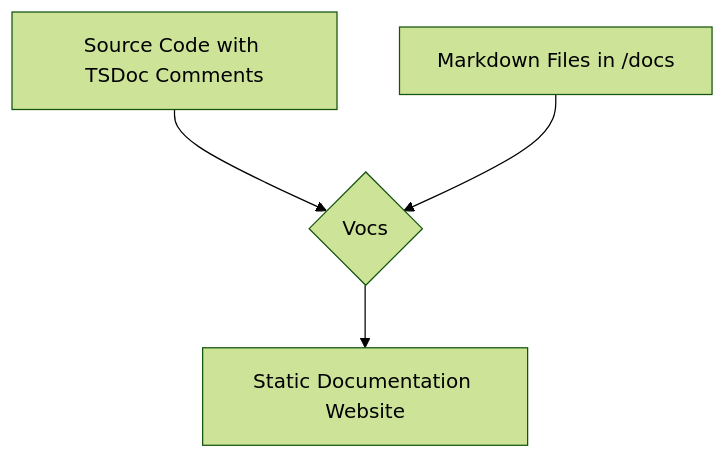
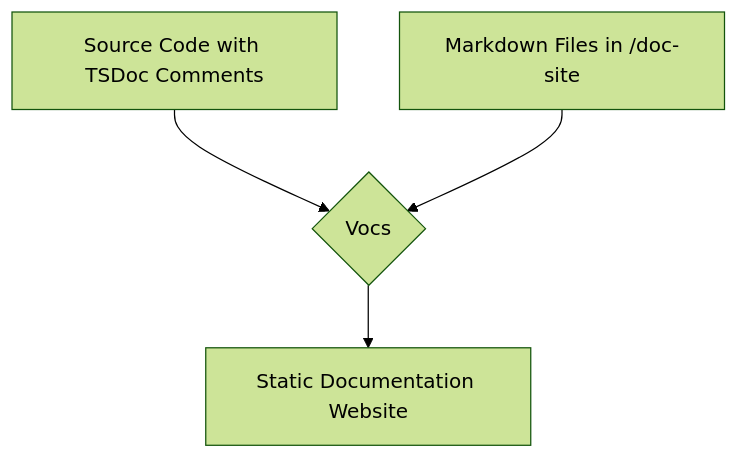
The diagram in .kiro/specs/document-codebase/design.md (MagnumThesis/thesis-copilot), drawn with Mermaid (forest theme) before and after one commit. The commit also changed other lines of this file and 7 other files, not shown here.

````diff
--- a/.kiro/specs/document-codebase/design.md
+++ b/.kiro/specs/document-codebase/design.md
@@ -16,6 +16,6 @@
 ```mermaid
 graph TD
     A[Source Code with TSDoc Comments] --> B{Vocs};
-    C[Markdown Files in /docs] --> B;
+    C[Markdown Files in /doc-site] --> B;
     B --> D[Static Documentation Website];
 ```
````
